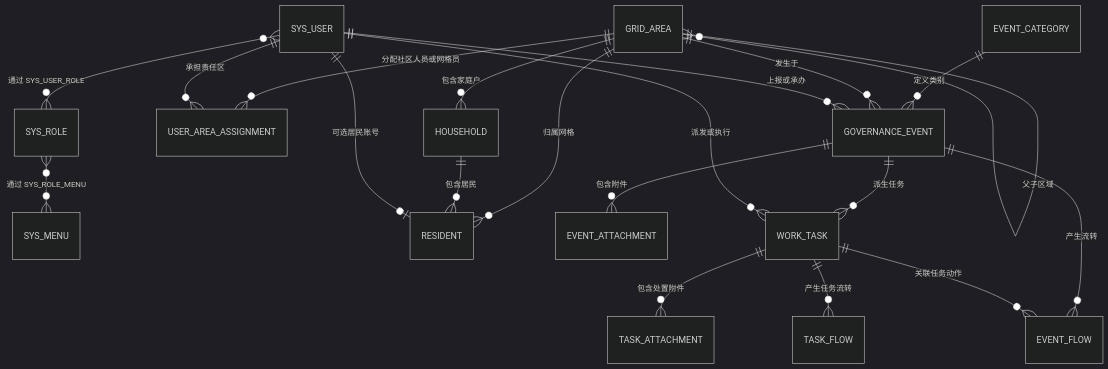
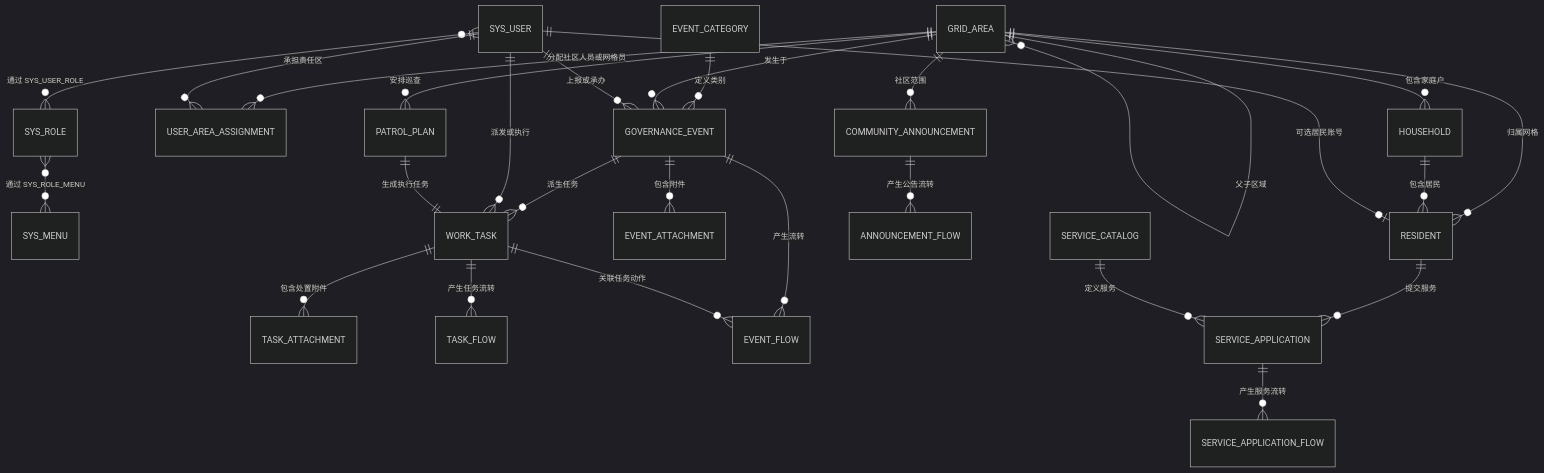
Before and after one commit to kexin94yyds/grassroots-community-governance-platform: the third of 3 diagrams in docs/functional-spec.md, drawn with Mermaid (dark theme). The commit also changed other lines of this file and 103 other files, not shown here.

````diff
--- a/docs/functional-spec.md
+++ b/docs/functional-spec.md
@@ -196,22 +219,29 @@
 ```mermaid
 erDiagram
     SYS_USER }o--o{ SYS_ROLE : "通过 SYS_USER_ROLE"
     SYS_ROLE }o--o{ SYS_MENU : "通过 SYS_ROLE_MENU"
     GRID_AREA ||--o{ GRID_AREA : "父子区域"
     GRID_AREA ||--o{ USER_AREA_ASSIGNMENT : "分配社区人员或网格员"
     SYS_USER ||--o{ USER_AREA_ASSIGNMENT : "承担责任区"
     GRID_AREA ||--o{ HOUSEHOLD : "包含家庭户"
     GRID_AREA ||--o{ RESIDENT : "归属网格"
     HOUSEHOLD ||--o{ RESIDENT : "包含居民"
     SYS_USER ||--o| RESIDENT : "可选居民账号"
     EVENT_CATEGORY ||--o{ GOVERNANCE_EVENT : "定义类别"
     GRID_AREA ||--o{ GOVERNANCE_EVENT : "发生于"
     SYS_USER ||--o{ GOVERNANCE_EVENT : "上报或承办"
     GOVERNANCE_EVENT ||--o{ EVENT_ATTACHMENT : "包含附件"
     GOVERNANCE_EVENT ||--o{ WORK_TASK : "派生任务"
     WORK_TASK ||--o{ TASK_ATTACHMENT : "包含处置附件"
     SYS_USER ||--o{ WORK_TASK : "派发或执行"
     WORK_TASK ||--o{ TASK_FLOW : "产生任务流转"
     GOVERNANCE_EVENT ||--o{ EVENT_FLOW : "产生流转"
     WORK_TASK ||--o{ EVENT_FLOW : "关联任务动作"
+    GRID_AREA ||--o{ COMMUNITY_ANNOUNCEMENT : "社区范围"
+    COMMUNITY_ANNOUNCEMENT ||--o{ ANNOUNCEMENT_FLOW : "产生公告流转"
+    RESIDENT ||--o{ SERVICE_APPLICATION : "提交服务"
+    SERVICE_CATALOG ||--o{ SERVICE_APPLICATION : "定义服务"
+    SERVICE_APPLICATION ||--o{ SERVICE_APPLICATION_FLOW : "产生服务流转"
+    GRID_AREA ||--o{ PATROL_PLAN : "安排巡查"
+    PATROL_PLAN ||--|| WORK_TASK : "生成执行任务"
 ```
````
